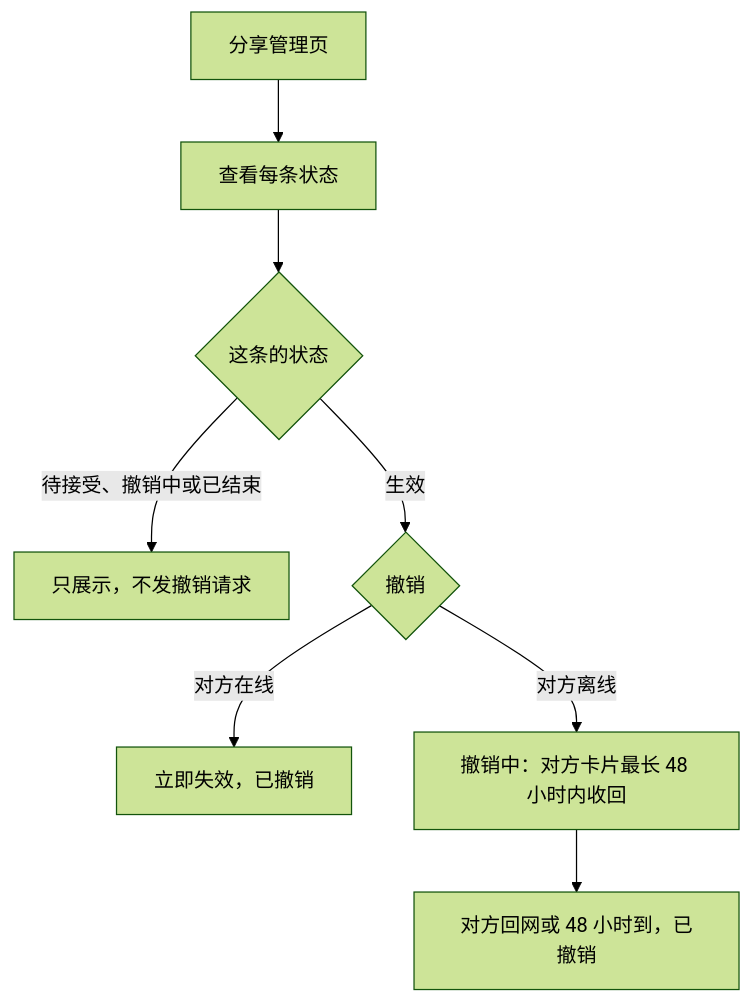
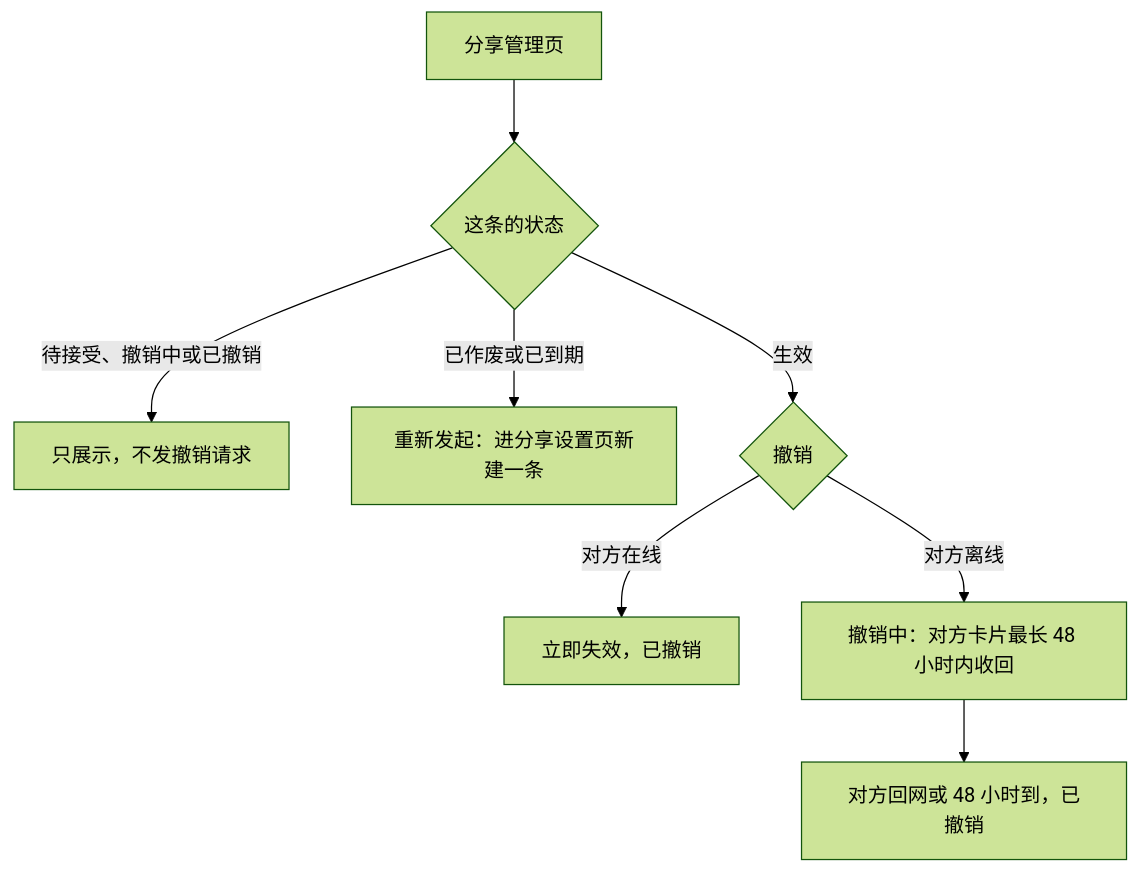
One commit to sqsqsq/SimulatedWalletForHmos changed the fourth of 4 diagrams in doc/plan/2.0.3/2026-10-07-整体设计/实施反馈/金样候选/car-key-sharing/plan-ready/sharing-wallet-slice/spec/spec.md. Above: the diagram before and after it, drawn with Mermaid (forest theme). The commit also changed other lines of this file and 38 other files, not shown here.

````diff
--- a/doc/plan/2.0.3/2026-10-07-整体设计/实施反馈/金样候选/car-key-sharing/plan-ready/sharing-wallet-slice/spec/spec.md
+++ b/doc/plan/2.0.3/2026-10-07-整体设计/实施反馈/金样候选/car-key-sharing/plan-ready/sharing-wallet-slice/spec/spec.md
@@ -152,10 +254,10 @@
 ```mermaid
 flowchart TD
-    A[分享管理页] --> B[查看每条状态]
-    B --> S{这条的状态}
-    S -->|待接受、撤销中或已结束| N[只展示，不发撤销请求]
-    S -->|生效| C{撤销}
+    A[分享管理页] --> B{这条的状态}
+    B -->|待接受、撤销中或已撤销| N[只展示，不发撤销请求]
+    B -->|已作废或已到期| RS[重新发起：进分享设置页新建一条]
+    B -->|生效| C{撤销}
     C -->|对方在线| D[立即失效，已撤销]
     C -->|对方离线| E[撤销中：对方卡片最长 48 小时内收回]
     E --> F[对方回网或 48 小时到，已撤销]
 ```
````
